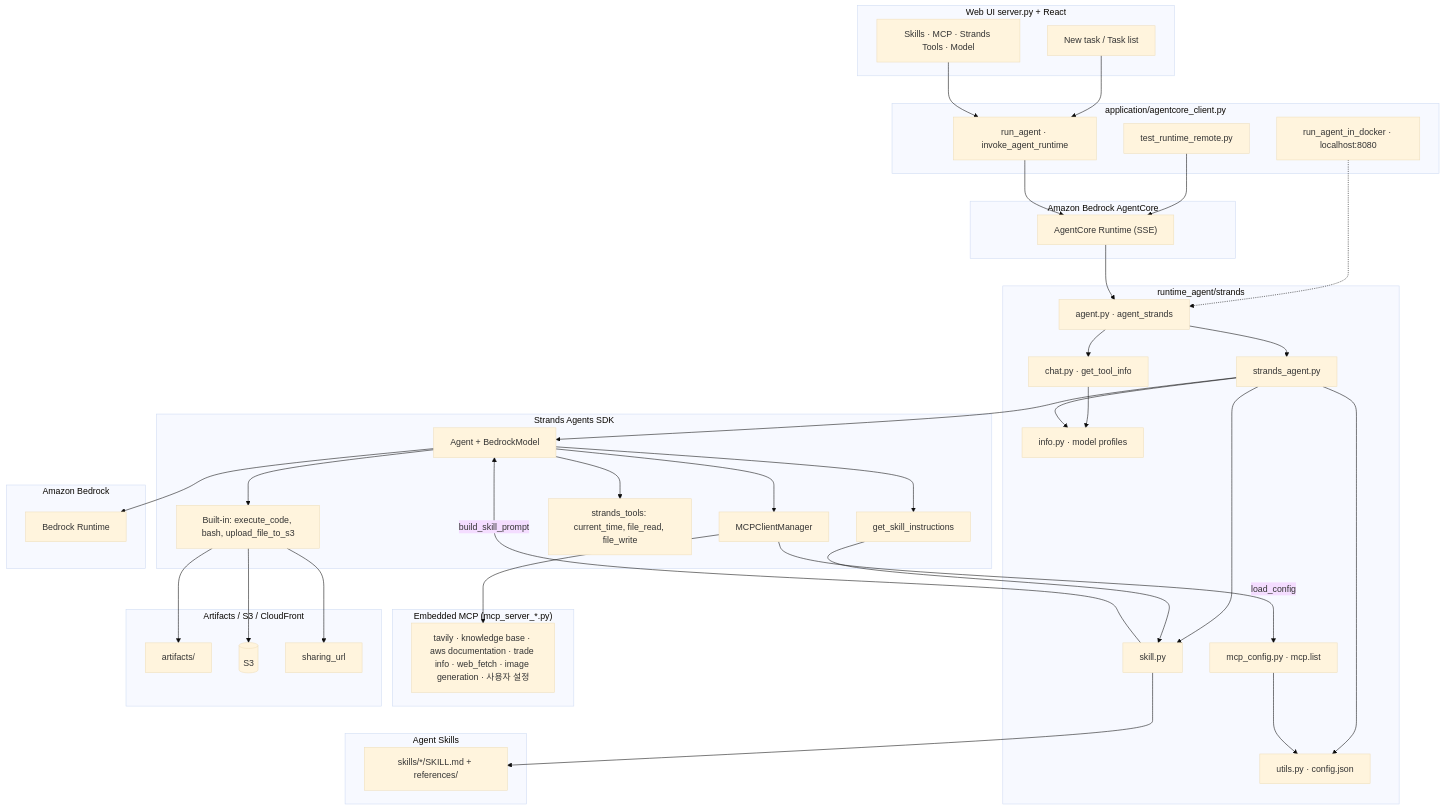
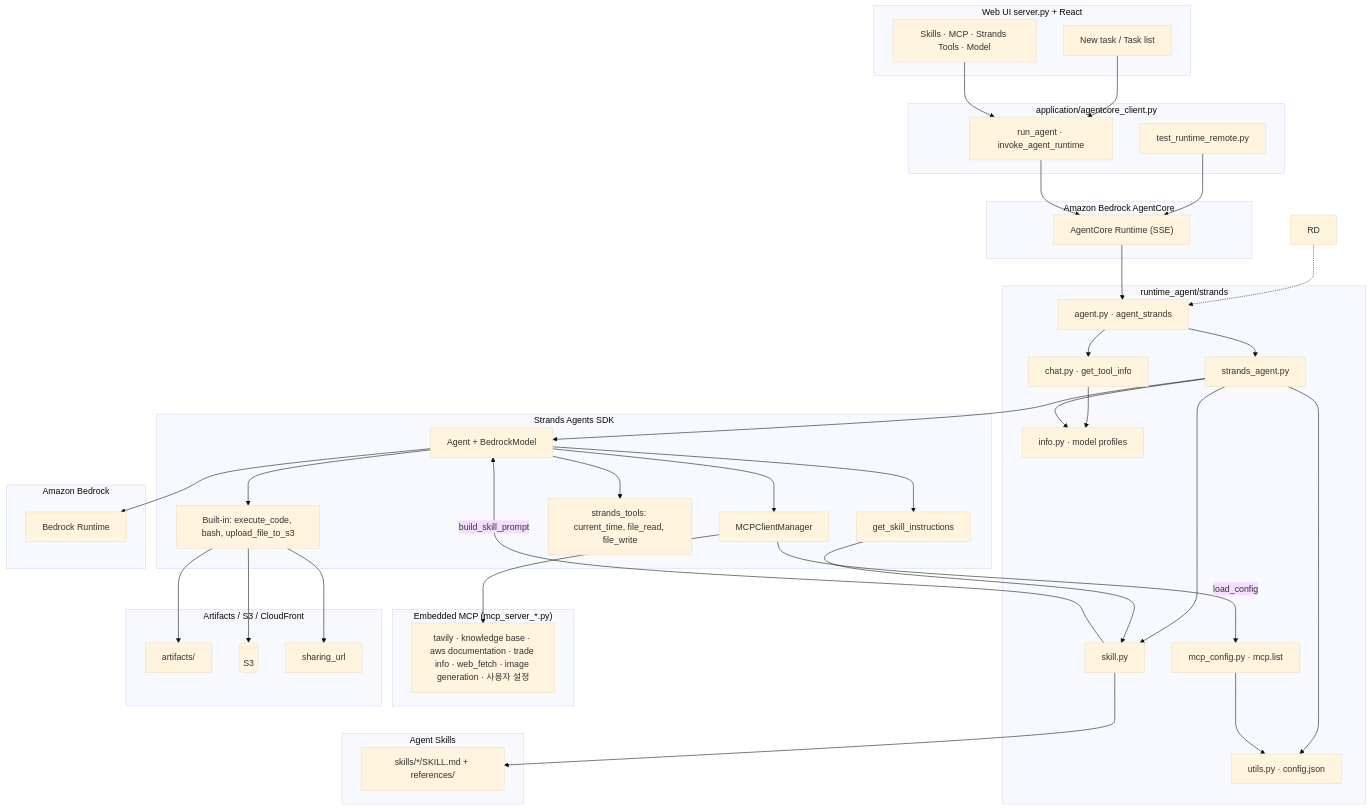
Before and after one commit to kyopark2014/strands-runtime: the first of 2 diagrams in README.md, drawn with Mermaid (base theme). The commit also changed other lines of this file and 10 other files, not shown here.

```diff
--- a/README.md
+++ b/README.md
@@ -36,7 +36,6 @@
 
   subgraph Client["application/agentcore_client.py"]
     RA["run_agent · invoke_agent_runtime"]
-    RD["run_agent_in_docker · localhost:8080"]
     TEST["test_runtime_remote.py"]
   end
 
```
